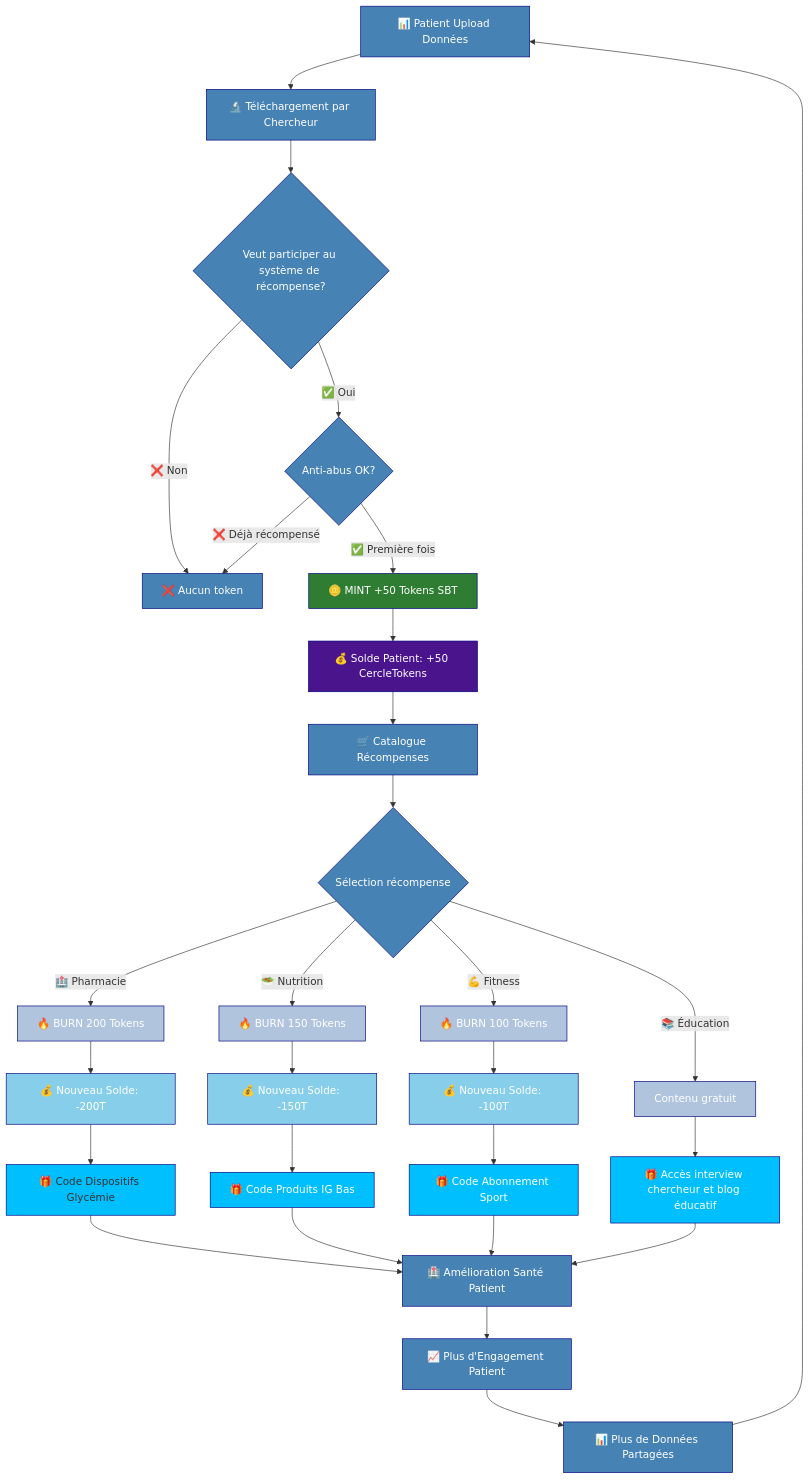
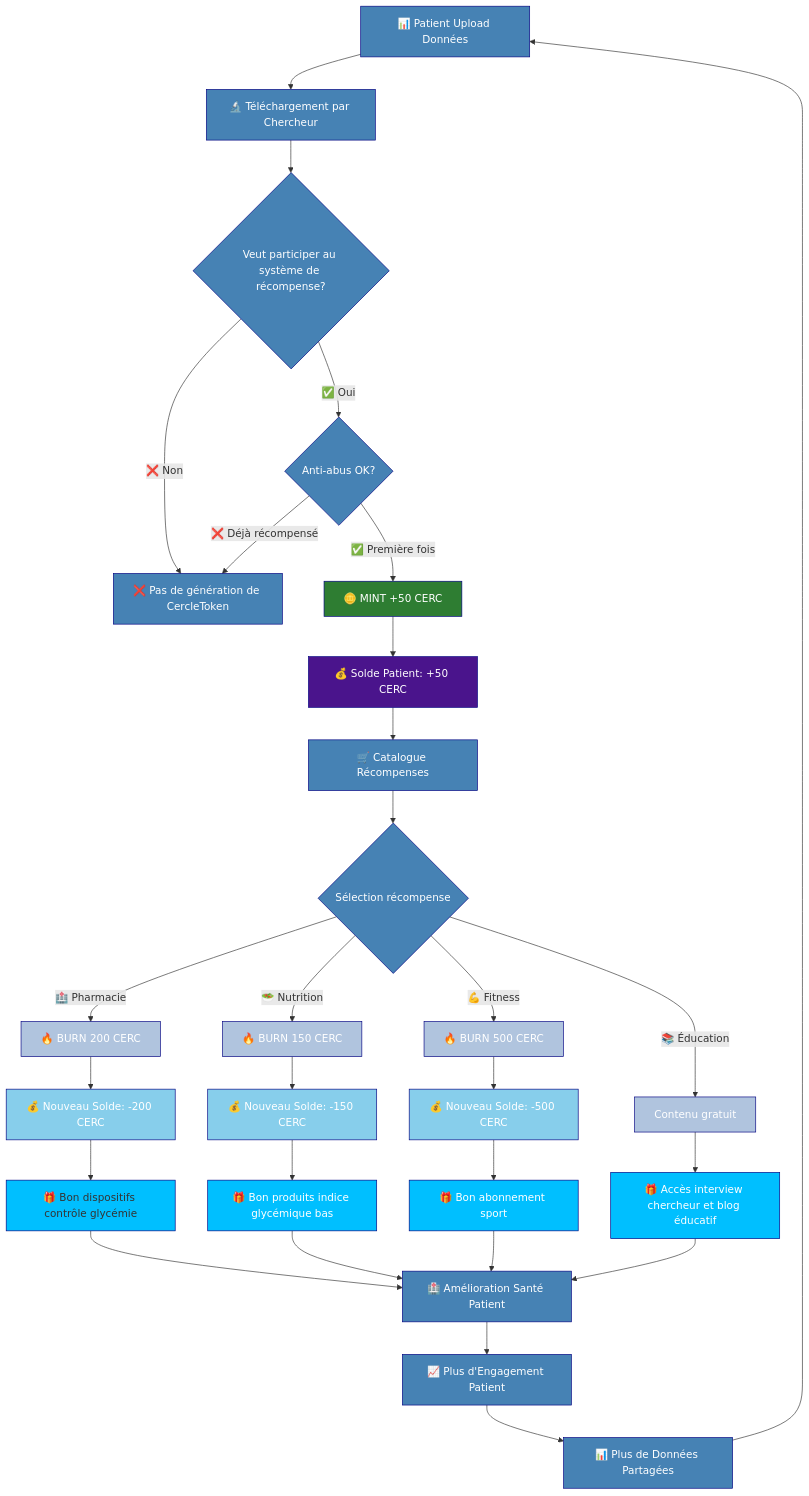
The first of 2 diagrams in README.md (lasiouce/mon_cercle_sante), drawn with Mermaid before and after one commit. The commit also changed other lines of this file, not shown here.

````diff
--- a/README.md
+++ b/README.md
@@ -26,58 +26,58 @@
 ```mermaid
 graph TD
 A[📊 Patient Upload Données] --> B[🔬 Téléchargement par Chercheur]
 
 B --> N{Veut participer au système de récompense?}
 N -->|✅ Oui| C{Anti-abus OK?}
 N -->|❌ Non| X[❌ Pas de génération de CercleToken]
 
-C -->|✅ Première fois| D[🪙 MINT +50 Tokens SBT]
-C -->|❌ Déjà récompensé| X[❌ Aucun token]
+C -->|✅ Première fois| D[🪙 MINT +50 CERC]
+C -->|❌ Déjà récompensé| X[❌ Pas de génération de CercleToken]
 
-D --> E[💰 Solde Patient: +50 CercleTokens]
+D --> E[💰 Solde Patient: +50 CERC]
 
 E --> F[🛒 Catalogue Récompenses]
 F --> G{Sélection récompense}
 
-G -->|🏥 Pharmacie| H1[🔥 BURN 200 Tokens]
-G -->|🥗 Nutrition| H2[🔥 BURN 150 Tokens]
-G -->|💪 Fitness| H3[🔥 BURN 100 Tokens]
+G -->|🏥 Pharmacie| H1[🔥 BURN 200 CERC]
+G -->|🥗 Nutrition| H2[🔥 BURN 150 CERC]
+G -->|💪 Fitness| H3[🔥 BURN 500 CERC]
 G -->|📚 Éducation| H4[Contenu gratuit]
 
-H1 --> I1[💰 Nouveau Solde: -200T]
-H2 --> I2[💰 Nouveau Solde: -150T]
-H3 --> I3[💰 Nouveau Solde: -100T]
+H1 --> I1[💰 Nouveau Solde: -200 CERC]
+H2 --> I2[💰 Nouveau Solde: -150 CERC]
+H3 --> I3[💰 Nouveau Solde: -500 CERC]
 
 
-I1 --> J1[🎁 Code Dispositifs Glycémie]
-I2 --> J2[🎁 Code Produits IG Bas]
-I3 --> J3[🎁 Code Abonnement Sport]
+I1 --> J1[🎁 Bon dispositifs contrôle glycémie]
+I2 --> J2[🎁 Bon produits indice glycémique bas]
+I3 --> J3[🎁 Bon abonnement sport]
 H4 --> J4[🎁 Accès interview chercheur et blog éducatif]
 
 J1 --> K[🏥 Amélioration Santé Patient]
 J2 --> K
 J3 --> K
 J4 --> K
 
 K --> L[📈 Plus d'Engagement Patient]
 L --> M[📊 Plus de Données Partagées]
 M --> A
 
 %% Styles avec couleurs foncées pour texte blancAdd commentMore actions
     style D fill:#2E7D32,stroke:#000080,stroke-width:1px,color:#FFFFFF
     style E fill:#4A148C,stroke:#000080,stroke-width:1px,color:#FFFFFF
     style H1 fill:#B0C4DE,stroke:#000080,stroke-width:1px,color:#FFFFFF
     style H2 fill:#B0C4DE,stroke:#000080,stroke-width:1px,color:#FFFFFF
     style H3 fill:#B0C4DE,stroke:#000080,stroke-width:1px,color:#FFFFFF
     style H4 fill:#B0C4DE,stroke:#000080,stroke-width:1px,color:#FFFFFF
     style I1 fill:#87CEEB,stroke:#000080,stroke-width:1px,color:#FFFFFF
     style I2 fill:#87CEEB,stroke:#000080,stroke-width:1px,color:#FFFFFF
     style I3 fill:#87CEEB,stroke:#000080,stroke-width:1px,color:#FFFFFF
     style J1 fill:#00BFFF,stroke:#000080,stroke-width:1px,color:#FFFFFFAdd commentMore actions
     style J2 fill:#00BFFF,stroke:#000080,stroke-width:1px,color:#FFFFFF
     style J3 fill:#00BFFF,stroke:#000080,stroke-width:1px,color:#FFFFFF
     style J4 fill:#00BFFF,stroke:#000080,stroke-width:1px,color:#FFFFFF
     
     classDef tokenFlow fill:#4682B4,stroke:#000080,stroke-width:1px,color:#FFFFFF
     class A,B,C,F,G,K,L,M,N,X tokenFlow
 ```
````
